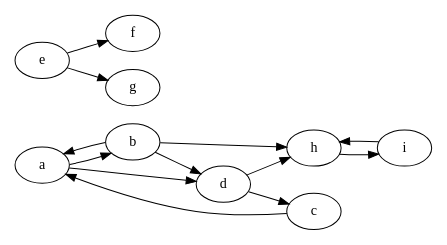
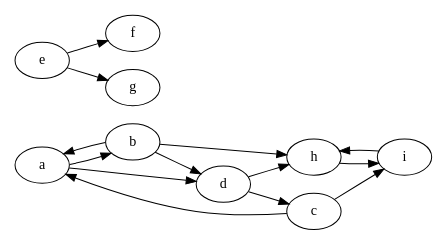
One commit to QuentinRa/blog.quentinra.dev changed the diagram in maths/graph/exercices/notions.rst. Above: the diagram before and after it, drawn with Graphviz. The commit also changed 3 other files, not shown here.

Commit message:
graphes notions 1/1 terminé

```diff
--- a/maths/graph/exercices/notions.rst
+++ b/maths/graph/exercices/notions.rst
@@ -13,13 +13,14 @@
 .. graphviz::
 
 	digraph {
 			size="4";
   		rankdir="LR";
       a -> b;a-> d;
       b -> a;b -> d;b -> h;
 			c -> a;
+			c -> i;
 			d -> h;d -> c;
 			h -> i;
 			i -> h;
 			e -> f;e -> g;
    }
```
